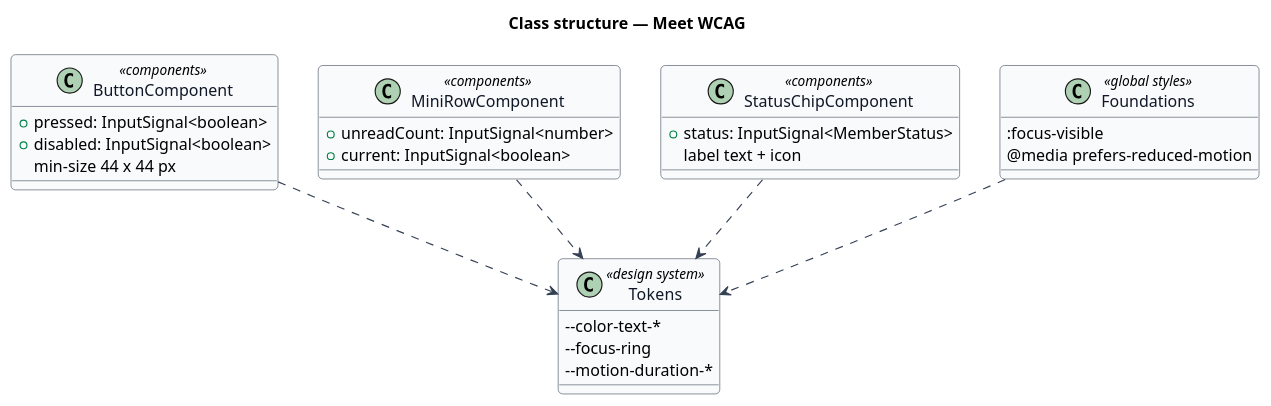
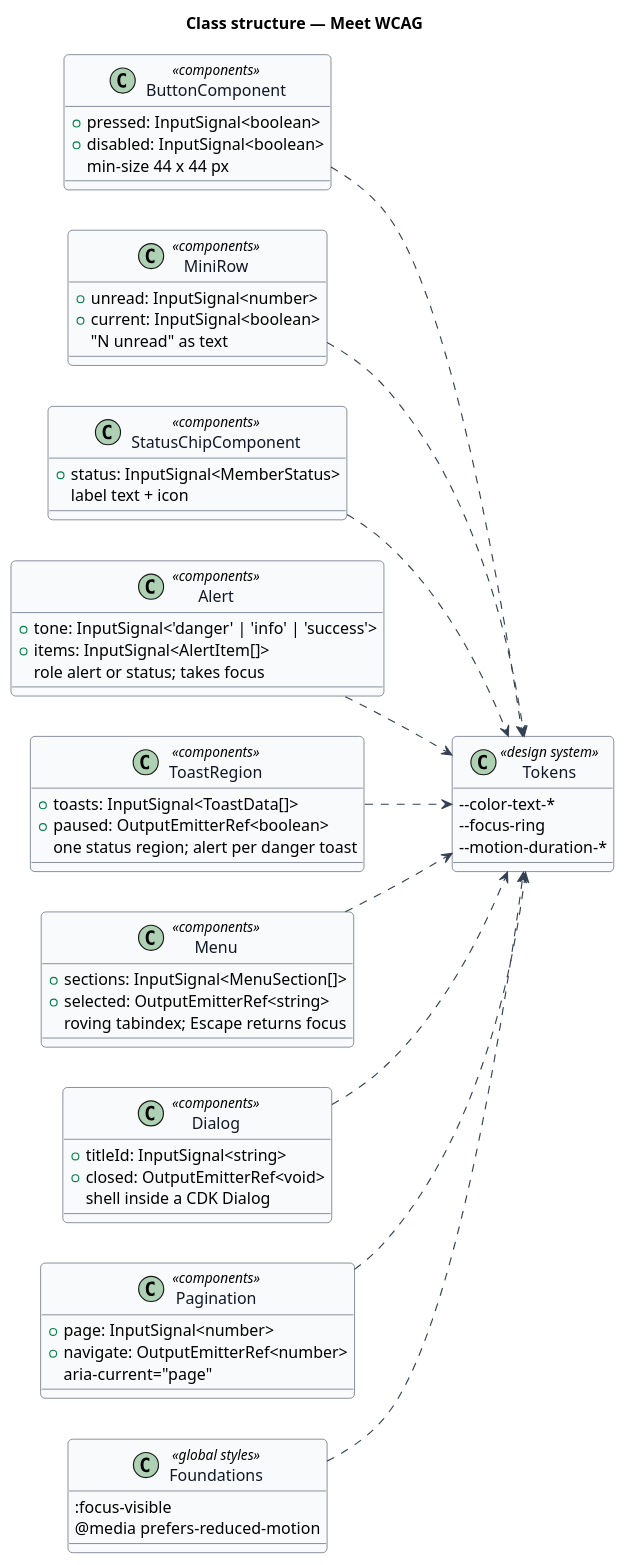
The diagram in docs/detailed-designs/accessibility/meet-wcag/diagrams/class.puml (QuinntyneBrown/christian-fitness), drawn with PlantUML before and after one commit. The commit also changed 11 other files, not shown here.

```diff
--- a/docs/detailed-designs/accessibility/meet-wcag/diagrams/class.puml
+++ b/docs/detailed-designs/accessibility/meet-wcag/diagrams/class.puml
@@ -1,40 +1,72 @@
 @startuml
 skinparam backgroundColor #FFFFFF
 skinparam shadowing false
 skinparam roundcorner 8
 skinparam defaultFontName Arial
 skinparam ArrowColor #344054
 skinparam class {
   BorderColor #344054
   FontColor #101828
   BackgroundColor #F9FAFB
 }
 title Class structure — Meet WCAG
+left to right direction
 
 class ButtonComponent <<components>> {
   +pressed: InputSignal<boolean>
   +disabled: InputSignal<boolean>
   min-size 44 x 44 px
 }
-class MiniRowComponent <<components>> {
-  +unreadCount: InputSignal<number>
+class MiniRow <<components>> {
+  +unread: InputSignal<number>
   +current: InputSignal<boolean>
+  "N unread" as text
 }
 class StatusChipComponent <<components>> {
   +status: InputSignal<MemberStatus>
   label text + icon
+}
+class Alert <<components>> {
+  +tone: InputSignal<'danger' | 'info' | 'success'>
+  +items: InputSignal<AlertItem[]>
+  role alert or status; takes focus
+}
+class ToastRegion <<components>> {
+  +toasts: InputSignal<ToastData[]>
+  +paused: OutputEmitterRef<boolean>
+  one status region; alert per danger toast
+}
+class Menu <<components>> {
+  +sections: InputSignal<MenuSection[]>
+  +selected: OutputEmitterRef<string>
+  roving tabindex; Escape returns focus
+}
+class Dialog <<components>> {
+  +titleId: InputSignal<string>
+  +closed: OutputEmitterRef<void>
+  shell inside a CDK Dialog
+}
+class Pagination <<components>> {
+  +page: InputSignal<number>
+  +navigate: OutputEmitterRef<number>
+  aria-current="page"
 }
 class Tokens <<design system>> {
   --color-text-*
   --focus-ring
   --motion-duration-*
 }
 class Foundations <<global styles>> {
   :focus-visible
   @media prefers-reduced-motion
 }
 ButtonComponent ..> Tokens
-MiniRowComponent ..> Tokens
+MiniRow ..> Tokens
 StatusChipComponent ..> Tokens
+Alert ..> Tokens
+ToastRegion ..> Tokens
+Menu ..> Tokens
+Dialog ..> Tokens
+Pagination ..> Tokens
 Foundations ..> Tokens
 @enduml
```
